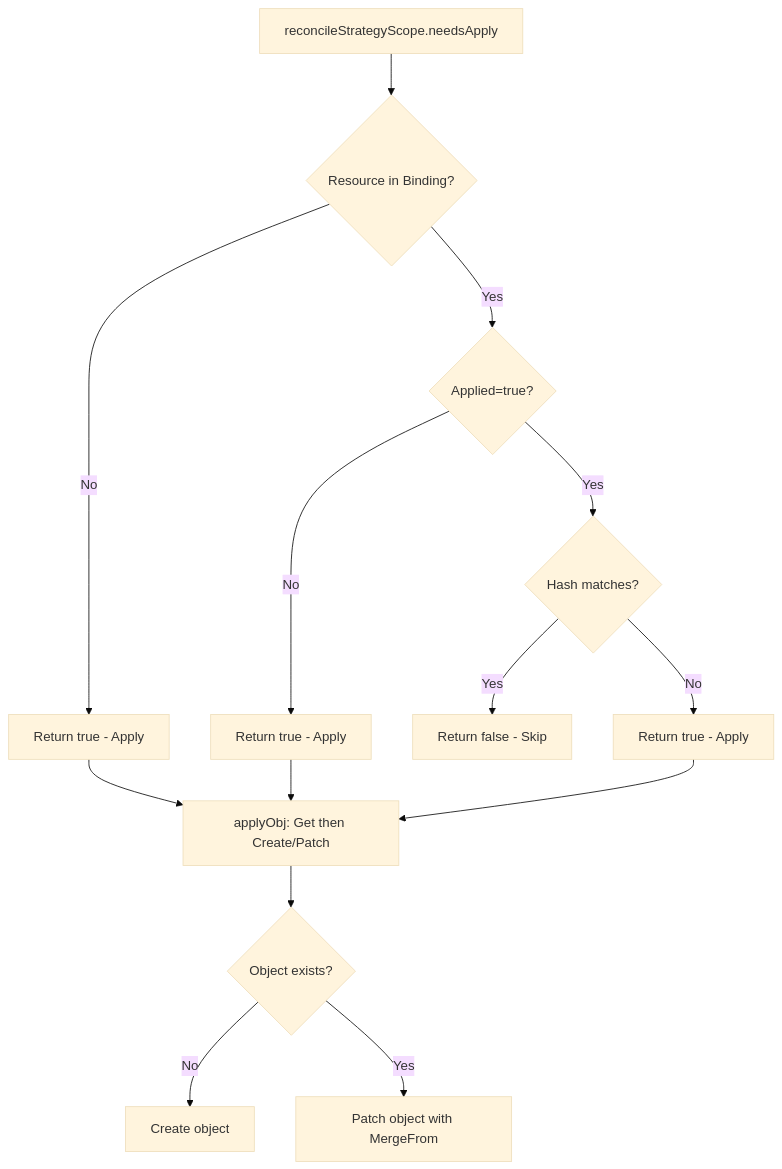
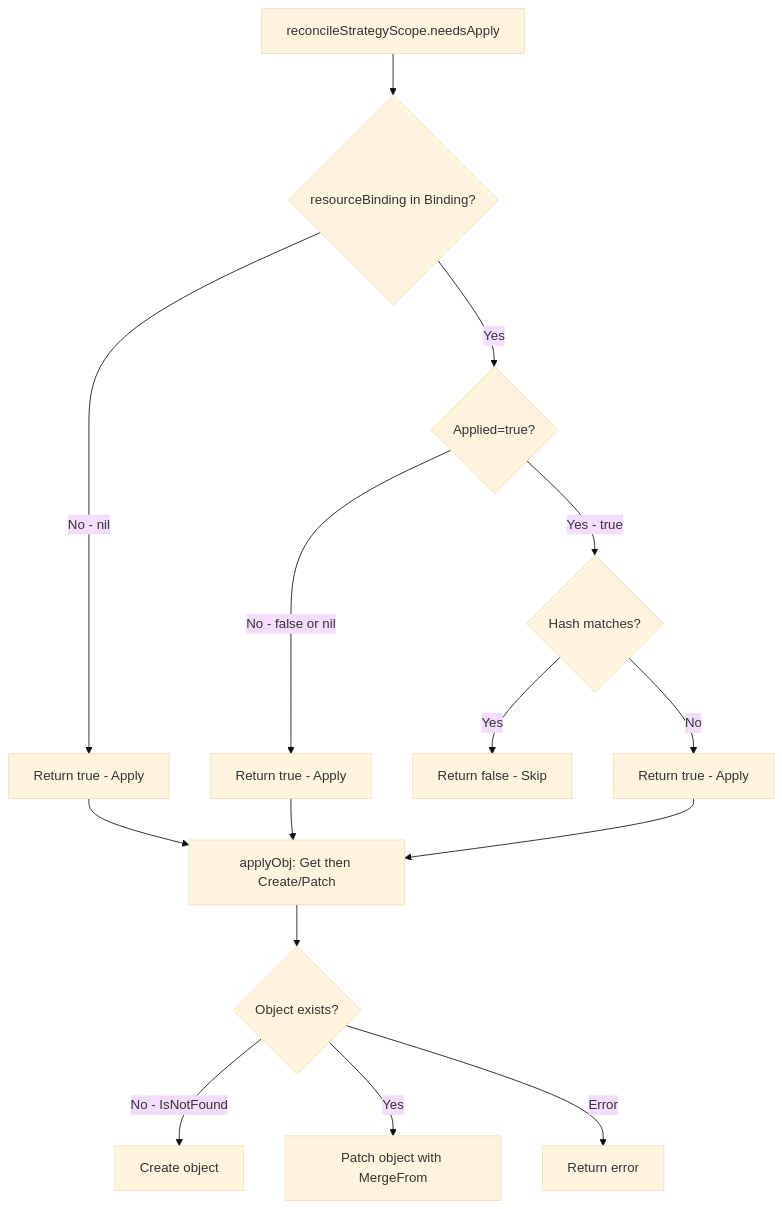
Before and after one commit to seanyen/cluster-api: the fourth of 9 diagrams in ai-gen/internal/controllers/clusterresourceset_controller.md, drawn with Mermaid (base theme). The commit also changed other lines of this file and 8 other files, not shown here.

````diff
--- a/ai-gen/internal/controllers/clusterresourceset_controller.md
+++ b/ai-gen/internal/controllers/clusterresourceset_controller.md
@@ -145,16 +182,17 @@
 ```mermaid
 flowchart TD
-    A[reconcileStrategyScope.needsApply] --> B{Resource in Binding?}
-    B -->|No| C[Return true - Apply]
+    A[reconcileStrategyScope.needsApply] --> B{resourceBinding in Binding?}
+    B -->|No - nil| C[Return true - Apply]
     B -->|Yes| D{Applied=true?}
-    D -->|No| E[Return true - Apply]
-    D -->|Yes| F{Hash matches?}
+    D -->|No - false or nil| E[Return true - Apply]
+    D -->|Yes - true| F{Hash matches?}
     F -->|Yes| G[Return false - Skip]
     F -->|No| H[Return true - Apply]
     C --> I[applyObj: Get then Create/Patch]
     E --> I
     H --> I
     I --> J{Object exists?}
-    J -->|No| K[Create object]
+    J -->|No - IsNotFound| K[Create object]
     J -->|Yes| L[Patch object with MergeFrom]
+    J -->|Error| M[Return error]
 ```
````
